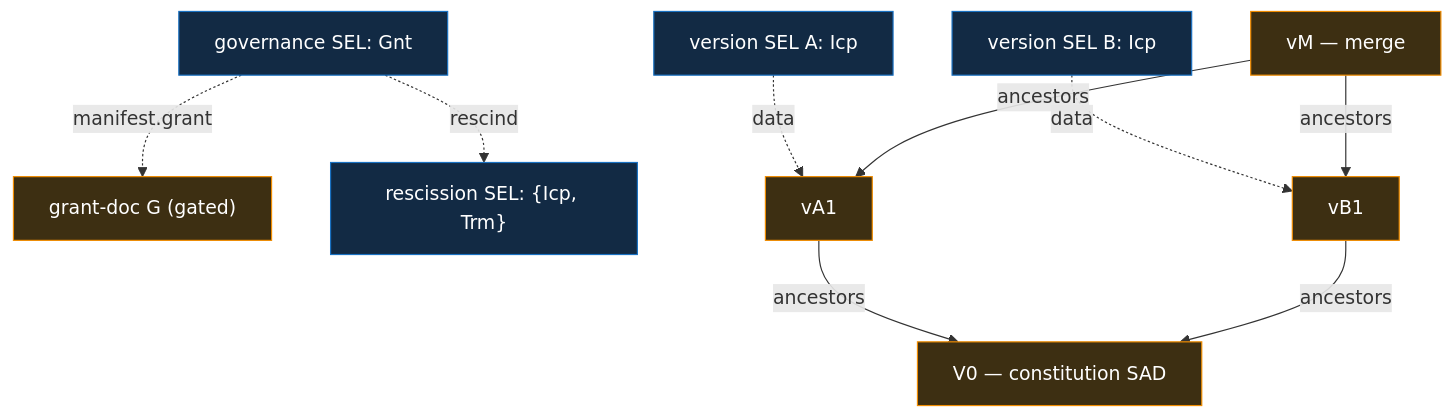
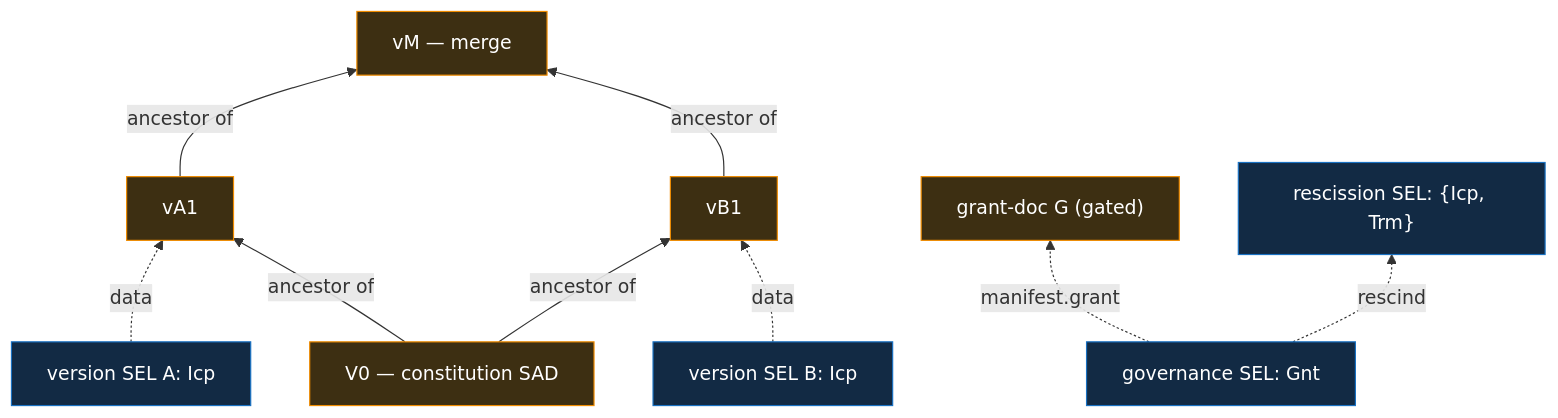
Before and after one commit to jasoncolburne/vdti: the diagram in docs/design/features/multi-party/documents.md, drawn with Mermaid. The commit also changed other lines of this file and 45 other files, not shown here.

````diff
--- a/docs/design/features/multi-party/documents.md
+++ b/docs/design/features/multi-party/documents.md
@@ -25,22 +25,22 @@
 ```mermaid
-flowchart TB
+flowchart BT
+  vM["vM — merge"]:::doc
   V0["V0 — constitution SAD"]:::doc
+  vA1["vA1"]:::doc
+  vB1["vB1"]:::doc
+  vA["version SEL A: Icp"]:::sel
+  vB["version SEL B: Icp"]:::sel
   gGnt["governance SEL: Gnt"]:::sel
   G["grant-doc G (gated)"]:::doc
   Resc["rescission SEL: {Icp, Trm}"]:::sel
-  vA["version SEL A: Icp"]:::sel
-  vB["version SEL B: Icp"]:::sel
-  vA1["vA1"]:::doc
-  vB1["vB1"]:::doc
-  vM["vM — merge"]:::doc
   gGnt -.->|manifest.grant| G
   gGnt -. rescind .-> Resc
   vA -.->|data| vA1
   vB -.->|data| vB1
-  vA1 -->|ancestors| V0
-  vB1 -->|ancestors| V0
-  vM -->|ancestors| vA1
-  vM -->|ancestors| vB1
+  V0 -->|ancestor of| vA1
+  V0 -->|ancestor of| vB1
+  vA1 -->|ancestor of| vM
+  vB1 -->|ancestor of| vM
   classDef sel fill:#122a44,stroke:#1971c2,color:#fff
   classDef doc fill:#3d2f12,stroke:#f08c00,color:#fff
 ```
````
